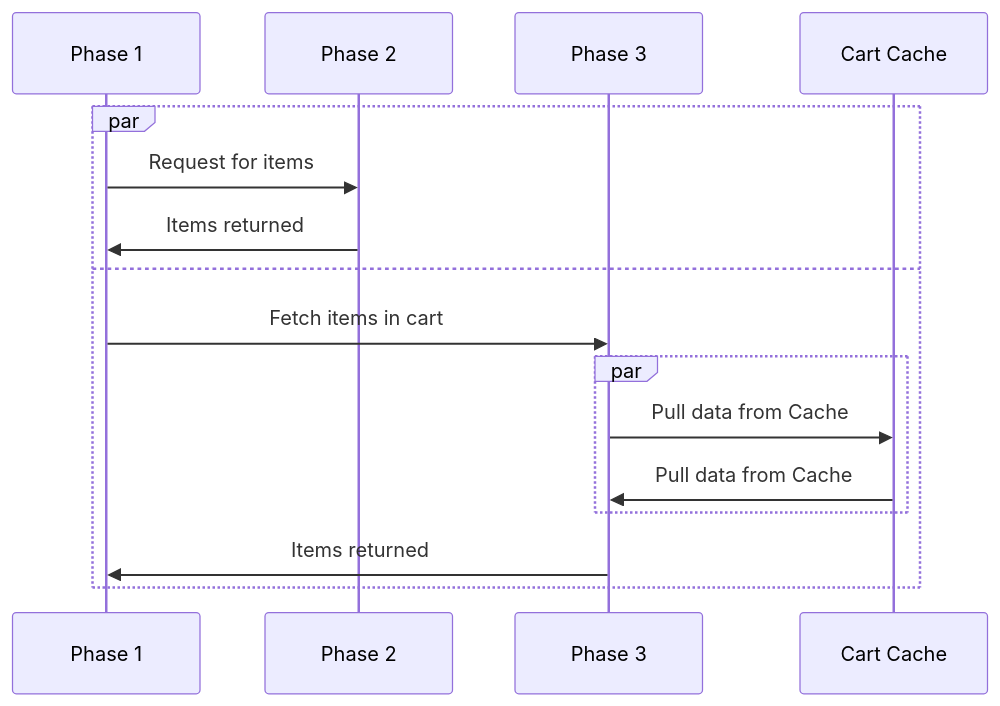
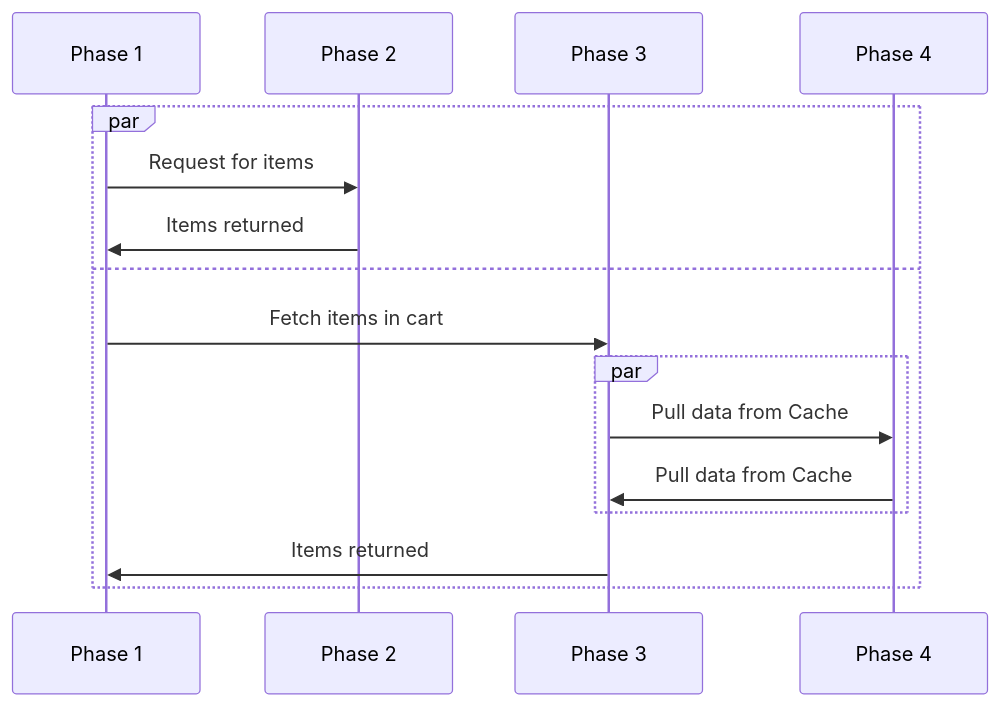
One commit to mgifford/mermaid-graphs changed the second of 2 diagrams in blueprint.md. Above: the diagram before and after it, drawn with Mermaid.

````diff
--- a/blueprint.md
+++ b/blueprint.md
@@ -23,14 +23,14 @@
 ```mermaid
 sequenceDiagram
     par 
         Phase 1->>Phase 2: Request for items
     Phase 2->>Phase 1: Items returned
     and 
         Phase 1->>Phase 3: Fetch items in cart
         par 
-            Phase 3->>Cart Cache: Pull data from Cache
-            Cart Cache->>Phase 3: Pull data from Cache
+            Phase 3->>Phase 4: Pull data from Cache
+            Phase 4->>Phase 3: Pull data from Cache
         end
     Phase 3->>Phase 1: Items returned
     end
 ```
````
